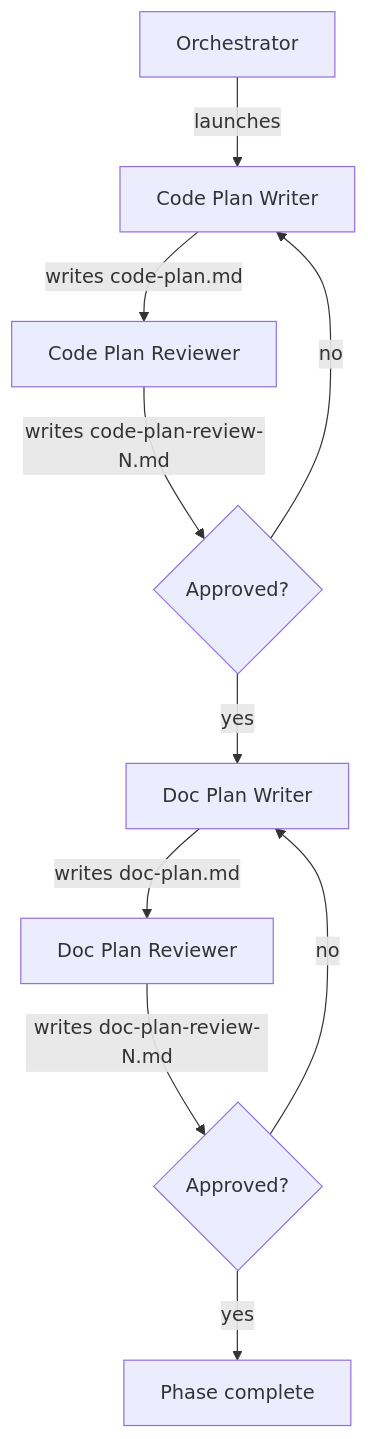
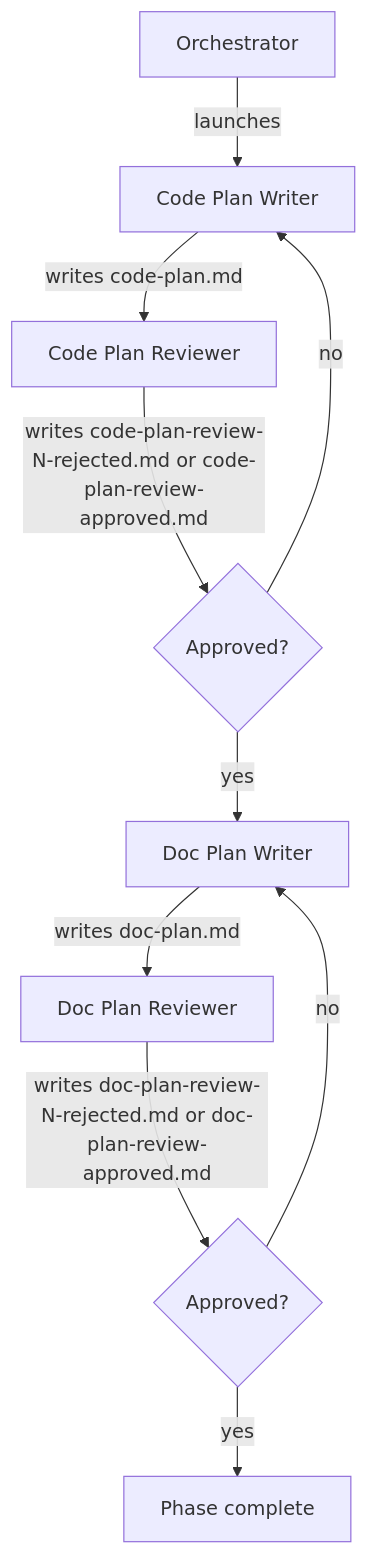
The diagram in .agents/skills/radical-pipelines/reference/autonomous-phases/3 - plan.md (Automattic/radical-pipelines), drawn with Mermaid before and after one commit. The commit also changed other lines of this file and 22 other files, not shown here.

````diff
--- a/.agents/skills/radical-pipelines/reference/autonomous-phases/3 - plan.md
+++ b/.agents/skills/radical-pipelines/reference/autonomous-phases/3 - plan.md
@@ -41,12 +43,12 @@
 ```mermaid
 flowchart TD
     A[Orchestrator] -->|launches| B[Code Plan Writer]
     B -->|writes code-plan.md| C[Code Plan Reviewer]
-    C -->|writes code-plan-review-N.md| D{Approved?}
+    C -->|writes code-plan-review-N-rejected.md or code-plan-review-approved.md| D{Approved?}
     D -->|no| B
     D -->|yes| E[Doc Plan Writer]
     E -->|writes doc-plan.md| F[Doc Plan Reviewer]
-    F -->|writes doc-plan-review-N.md| G{Approved?}
+    F -->|writes doc-plan-review-N-rejected.md or doc-plan-review-approved.md| G{Approved?}
     G -->|no| E
     G -->|yes| H[Phase complete]
 ```
````
